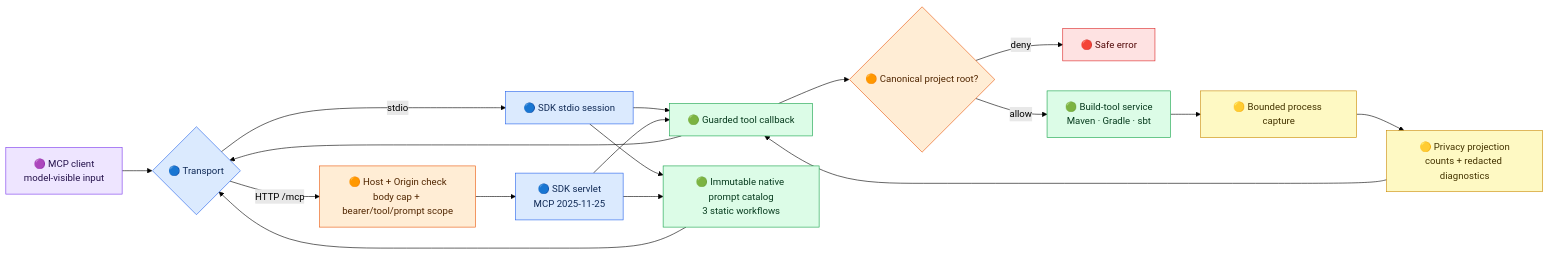
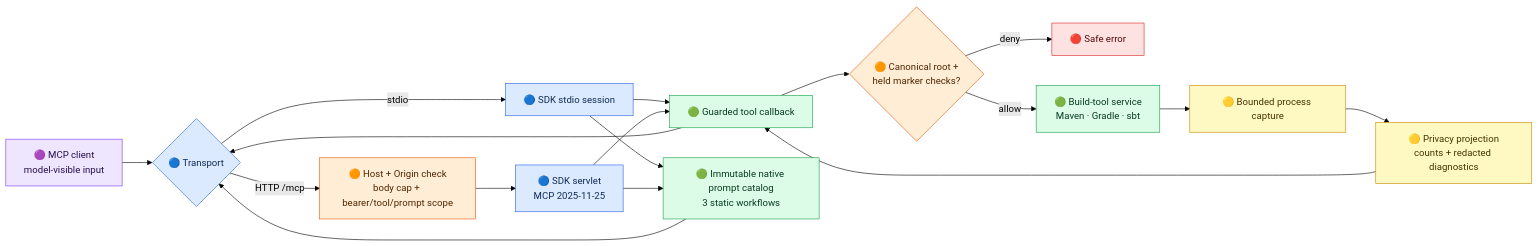
The first of 2 diagrams in docs/reference/architecture.md (thepragmatik/mcp-server-jvm-build-tools), drawn with Mermaid (forest theme) before and after one commit. The commit also changed other lines of this file and 8 other files, not shown here.

First line of the commit message:
Anchor project build-marker checks to held directory handles (#256)

````diff
--- a/docs/reference/architecture.md
+++ b/docs/reference/architecture.md
@@ -11,31 +11,31 @@
 ```mermaid
 flowchart LR
     A["🟣 MCP client<br/>model-visible input"] --> T{"🔵 Transport"}
     T -->|stdio| S["🔵 SDK stdio session"]
     T -->|HTTP /mcp| H["🟠 Host + Origin check<br/>body cap + bearer/tool/prompt scope"]
     H --> Q["🔵 SDK servlet<br/>MCP 2025-11-25"]
     S --> C["🟢 Guarded tool callback"]
     Q --> C
     S --> N["🟢 Immutable native prompt catalog<br/>3 static workflows"]
     Q --> N
     N --> T
-    C --> P{"🟠 Canonical project root?"}
+    C --> P{"🟠 Canonical root +<br/>held marker checks?"}
     P -->|deny| X["🔴 Safe error"]
     P -->|allow| B["🟢 Build-tool service<br/>Maven · Gradle · sbt"]
     B --> O["🟡 Bounded process capture"]
     O --> R["🟡 Privacy projection<br/>counts + redacted diagnostics"]
     R --> C
     C --> T
     classDef client fill:#eee5ff,stroke:#7c3aed,color:#24114b
     classDef transport fill:#dbeafe,stroke:#2563eb,color:#102a56
     classDef decision fill:#ffedd5,stroke:#ea580c,color:#512600
     classDef work fill:#dcfce7,stroke:#16a34a,color:#073b1e
     classDef output fill:#fef9c3,stroke:#ca8a04,color:#443400
     classDef reject fill:#fee2e2,stroke:#dc2626,color:#520909
     class A client
     class T,S,Q transport
     class H,P decision
     class C,B,N work
     class O,R output
     class X reject
 ```
````
